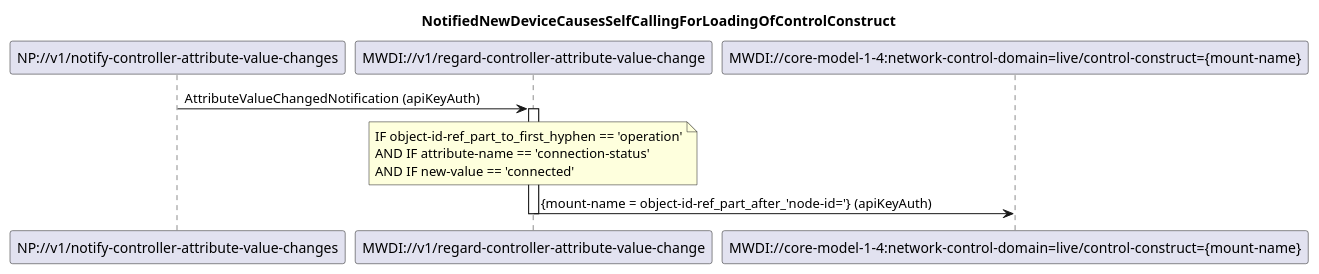
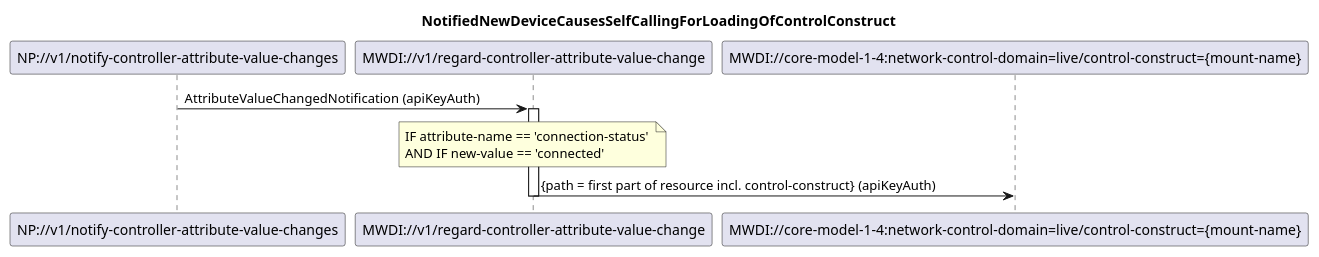
The diagram in spec/diagrams/020_NotificationBasedDeviceListSyncAdd.plantuml (openBackhaul/MicroWaveDeviceInventory), drawn with PlantUML before and after one commit. The commit also changed 20 other files, not shown here.

Commit message:
Review diagrams, services, forwardings, oas

```diff
--- a/spec/diagrams/020_NotificationBasedDeviceListSyncAdd.plantuml
+++ b/spec/diagrams/020_NotificationBasedDeviceListSyncAdd.plantuml
@@ -1,22 +1,21 @@
 @startuml 020_NotificationBasedDeviceListSyncAdd
 skinparam responseMessageBelowArrow true
 
 title  NotifiedNewDeviceCausesSelfCallingForLoadingOfControlConstruct
 
 participant "NP://v1/notify-controller-attribute-value-changes" as subscription
 participant "MWDI://v1/regard-controller-attribute-value-change" as regardNewDevice
 participant "MWDI://core-model-1-4:network-control-domain=live/control-construct={mount-name}" as liveControlConstruct
 
 subscription -> regardNewDevice: AttributeValueChangedNotification (apiKeyAuth)
 activate regardNewDevice
 
 note over regardNewDevice
-IF object-id-ref_part_to_first_hyphen == 'operation'
-AND IF attribute-name == 'connection-status' 
+IF attribute-name == 'connection-status' 
 AND IF new-value == 'connected'
 end note
 
-regardNewDevice -> liveControlConstruct: {mount-name = object-id-ref_part_after_'node-id='} (apiKeyAuth)
+regardNewDevice -> liveControlConstruct: {path = first part of resource incl. control-construct} (apiKeyAuth)
 deactivate regardNewDevice
 
 @enduml
```
